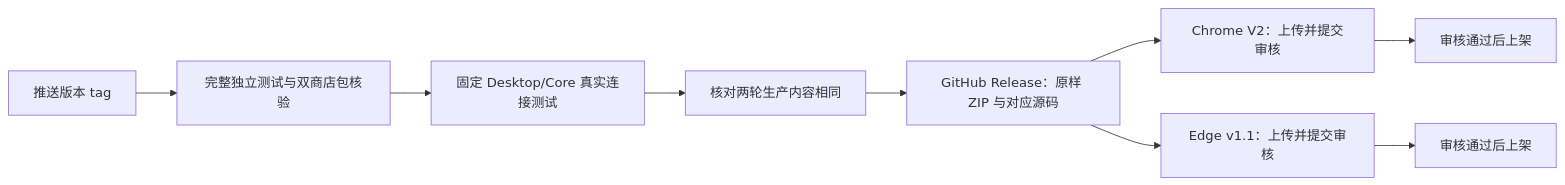
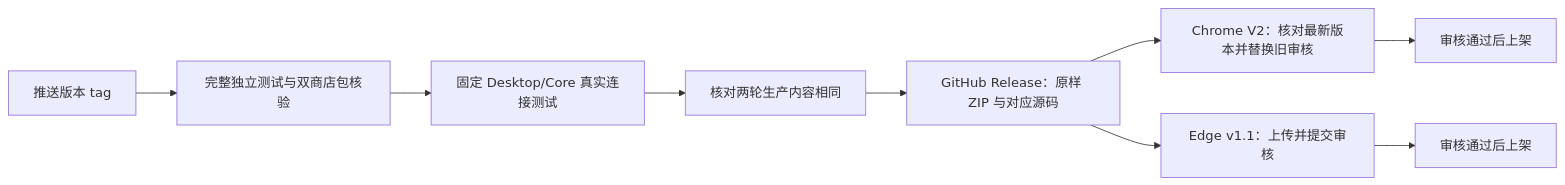
Before and after one commit to leximeet/leximeet-browser: the diagram in docs/自动发布.md, drawn with Mermaid. The commit also changed other lines of this file and 14 other files, not shown here.

````diff
--- a/docs/自动发布.md
+++ b/docs/自动发布.md
@@ -5,11 +5,11 @@
 ```mermaid
 flowchart LR
     T[推送版本 tag] --> A[完整独立测试与双商店包核验]
     A --> B[固定 Desktop/Core 真实连接测试]
     B --> C[核对两轮生产内容相同]
     C --> R[GitHub Release：原样 ZIP 与对应源码]
-    R --> G[Chrome V2：上传并提交审核]
+    R --> G[Chrome V2：核对最新版本并替换旧审核]
     R --> E[Edge v1.1：上传并提交审核]
     G --> GR[审核通过后上架]
     E --> ER[审核通过后上架]
 ```
````
